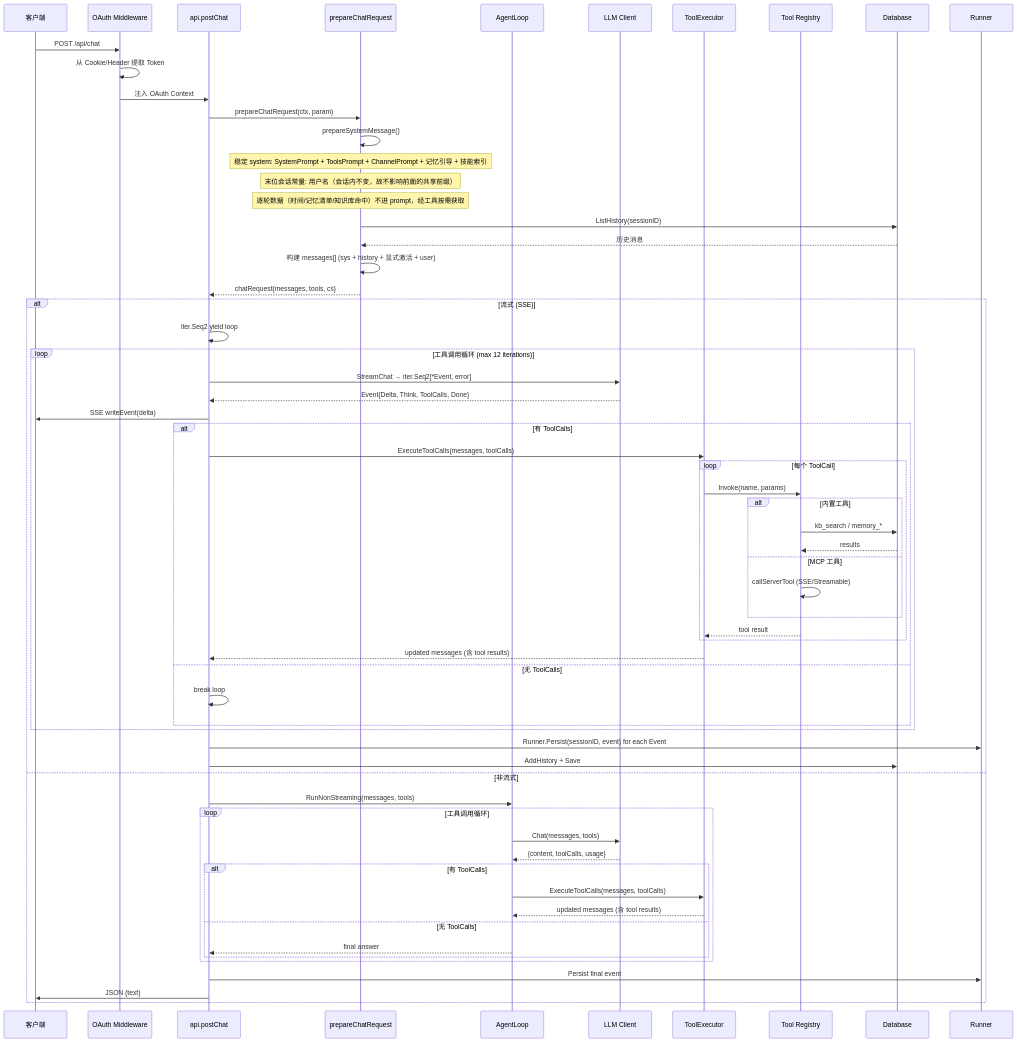
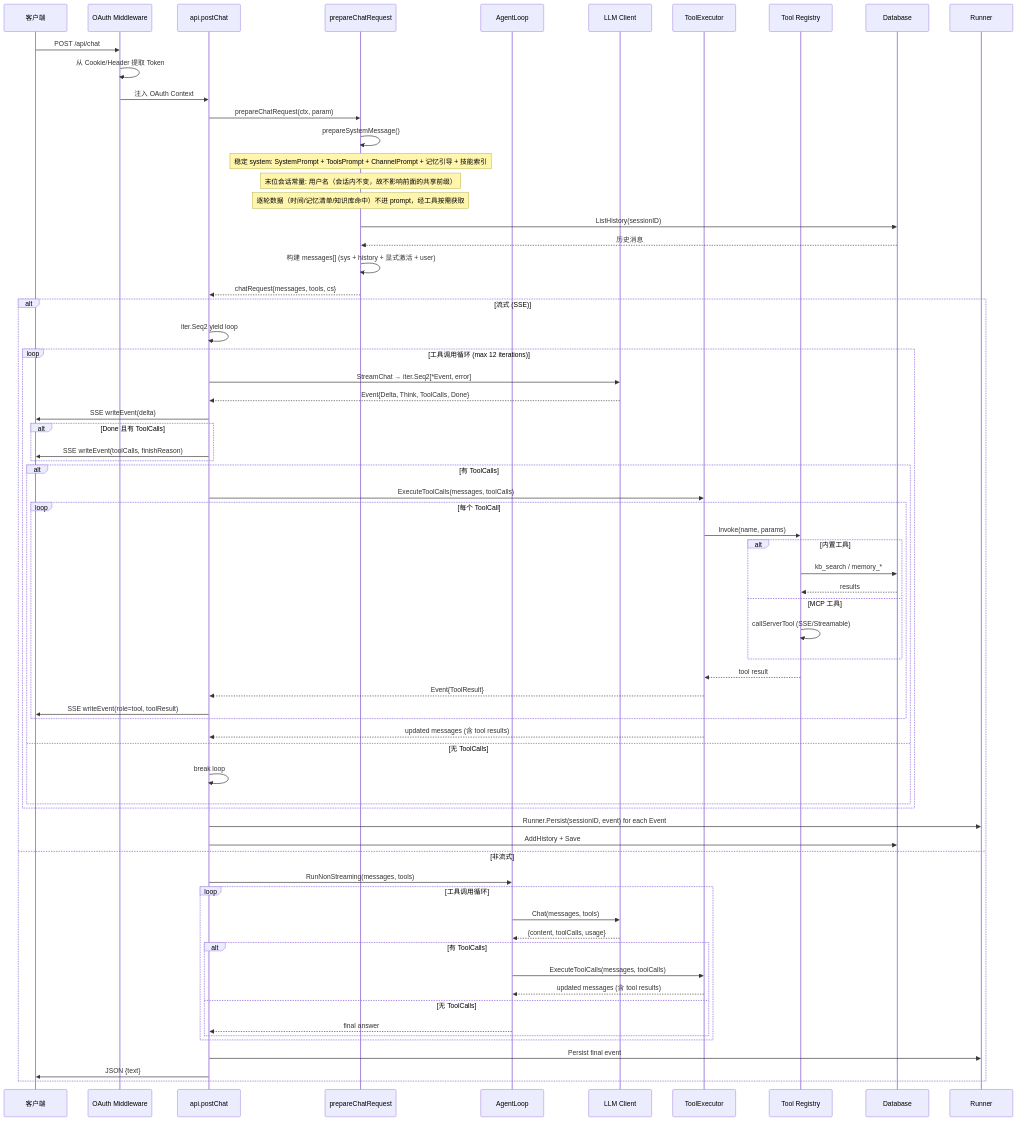
Before and after one commit to liut/morign: the second of 7 diagrams in docs/WORKFLOWS.md, drawn with Mermaid. The commit also changed 16 other files, not shown here.

````diff
--- a/docs/WORKFLOWS.md
+++ b/docs/WORKFLOWS.md
@@ -21,68 +21,73 @@
 ```mermaid
 sequenceDiagram
     participant Client as 客户端
     participant MW as OAuth Middleware
     participant API as api.postChat
     participant Prep as prepareChatRequest
     participant AL as AgentLoop
     participant LLM as LLM Client
     participant TE as ToolExecutor
     participant TR as Tool Registry
     participant DB as Database
 
     Client->>MW: POST /api/chat
     MW->>MW: 从 Cookie/Header 提取 Token
     MW->>API: 注入 OAuth Context
 
     API->>Prep: prepareChatRequest(ctx, param)
     Prep->>Prep: prepareSystemMessage()
     Note over Prep: 稳定 system: SystemPrompt + ToolsPrompt + ChannelPrompt + 记忆引导 + 技能索引
     Note over Prep: 末位会话常量: 用户名（会话内不变，故不影响前面的共享前缀）
     Note over Prep: 逐轮数据（时间/记忆清单/知识库命中）不进 prompt，经工具按需获取
 
     Prep->>DB: ListHistory(sessionID)
     DB-->>Prep: 历史消息
     Prep->>Prep: 构建 messages[] (sys + history + 显式激活 + user)
     Prep-->>API: chatRequest{messages, tools, cs}
 
     alt 流式 (SSE)
         API->>API: iter.Seq2 yield loop
         loop 工具调用循环 (max 12 iterations)
             API->>LLM: StreamChat → iter.Seq2[*Event, error]
             LLM-->>API: Event{Delta, Think, ToolCalls, Done}
             API->>Client: SSE writeEvent(delta)
+            alt Done 且有 ToolCalls
+                API->>Client: SSE writeEvent(toolCalls, finishReason)
+            end
             alt 有 ToolCalls
                 API->>TE: ExecuteToolCalls(messages, toolCalls)
                 loop 每个 ToolCall
                     TE->>TR: Invoke(name, params)
                     alt 内置工具
                         TR->>DB: kb_search / memory_*
                         DB-->>TR: results
                     else MCP 工具
                         TR->>TR: callServerTool (SSE/Streamable)
                     end
                     TR-->>TE: tool result
+                    TE-->>API: Event{ToolResult}
+                    API->>Client: SSE writeEvent(role=tool, toolResult)
                 end
                 TE-->>API: updated messages (含 tool results)
             else 无 ToolCalls
                 API->>API: break loop
             end
         end
         API->>Runner: Runner.Persist(sessionID, event) for each Event
         API->>DB: AddHistory + Save
     else 非流式
         API->>AL: RunNonStreaming(messages, tools)
         loop 工具调用循环
             AL->>LLM: Chat(messages, tools)
             LLM-->>AL: {content, toolCalls, usage}
             alt 有 ToolCalls
                 AL->>TE: ExecuteToolCalls(messages, toolCalls)
                 TE-->>AL: updated messages (含 tool results)
             else 无 ToolCalls
                 AL-->>API: final answer
             end
         end
         API->>Runner: Persist final event
         API->>Client: JSON {text}
     end
 ```
````
